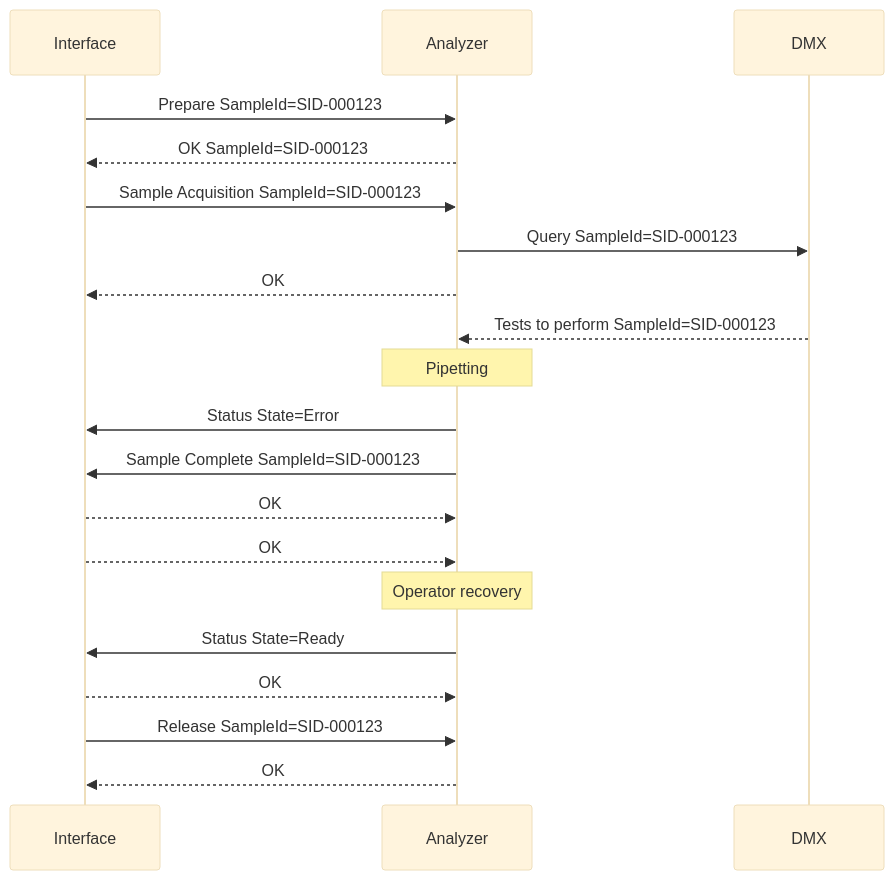
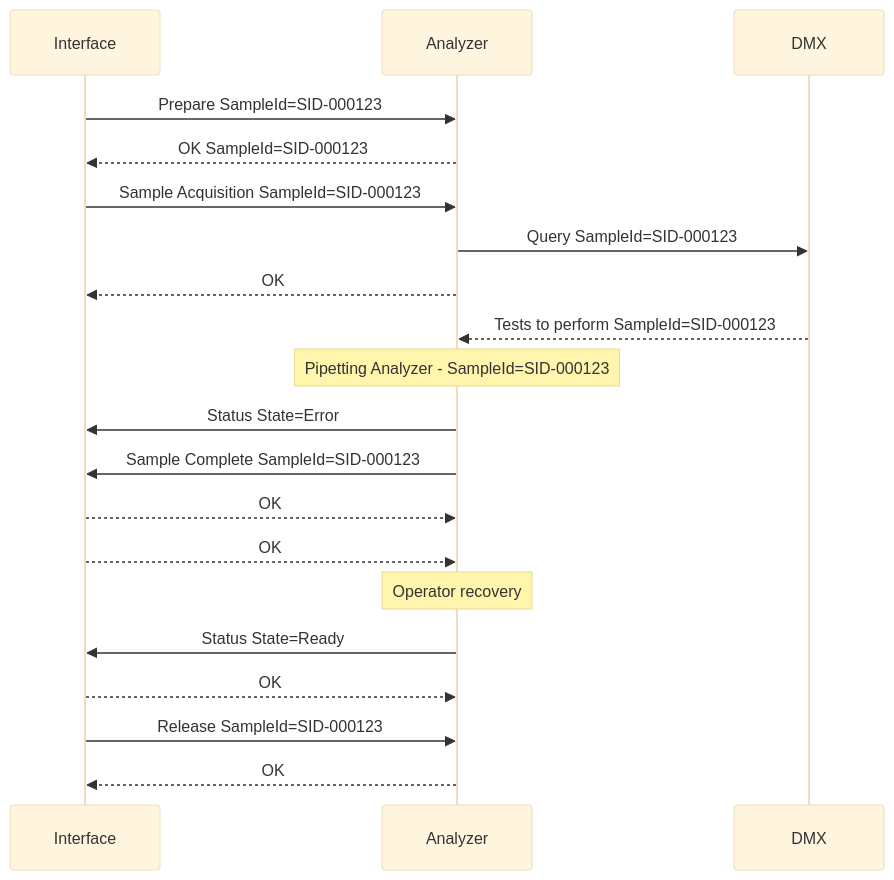
One commit to specialk74/trackviz changed the diagram in scenes/05_analyzer_error_recovery.mmd. Above: the diagram before and after it, drawn with Mermaid (base theme). The commit also changed 25 other files, not shown here.

```diff
--- a/scenes/05_analyzer_error_recovery.mmd
+++ b/scenes/05_analyzer_error_recovery.mmd
@@ -1,88 +1,88 @@
 %% # Scene 05 — analyzer error during sampling, needle left down (sampling point)
 %% # One carrier, geometry of scene 01. While the sample is aspirated the analyzer
 %% # goes into error leaving the needle in the tube: it sends Status (Error), the
 %% # interface replies OK and keeps the carrier still. An operator performs a
 %% # recovery (the needle goes back up); when the instrument is green again it
 %% # sends Status (Ready), the interface replies OK and releases the carrier.
 %% # Carrier flow: right to left, Pit-Lane above the Main-Lane.
 %% # Coordinates are in a fixed 1920x1080 space (track panel: x 30..950, y 120..885).
 %% geometry sampling
 %% subtitle Single carrier — analyzer error with the needle down, operator recovery
 sequenceDiagram
     participant IF as Interface
     participant AN as Analyzer
     participant DMX as DMX
 
     %% carrier C1 SID-000123 route=main_in,nsd,pit_in,sampling,pit_out,merge,main_out
 
     %% caption 1 · Main-Lane | A carrier holding a sample tube travels along the Main-Lane towards the analyzer interface.
     %% at 2.2
     %% move C1 to sampling
     %% on antenna1 C1
     %% caption 2 · Diverted — Prepare — Sample Acquisition | The carrier is diverted into the Pit-Lane without stopping and the interface sends Prepare. The gate stops it on the sampling point: the interface sends Sample Acquisition.
     %% on antenna1 C1
     %% highlight nsd duration=2
     %% on antenna1
     IF->>AN: Prepare SampleId=SID-000123
     %% after 0.1
     AN-->>IF: OK SampleId=SID-000123
     %% on antenna2
     IF->>AN: Sample Acquisition SampleId=SID-000123
     %% after 0.1 OK C1
     AN->>DMX: Query SampleId=SID-000123
     %% after 0.1 Sample Acquisition C1
     %% for C1
     AN-->>IF: OK
     %% after 0.1 Query C1
     DMX-->>AN: Tests to perform SampleId=SID-000123
     %% after 0.1 OK C1
     %% caption 3 · Test query — Aspiration | After the reply to Prepare the analyzer has asked DMX (LIS) which tests to perform. Now its needle goes down into the tube and it starts aspirating.
     %% after 0.1 OK C1
     %% needle sp down
     %% after 0.1 OK C1
     %% duration 2.6
-    Note over AN: Pipetting
+    Note over AN: Pipetting Analyzer - SampleId=SID-000123
     %% after 1.7 needle sp
     %% caption 4 · Instrument error | During aspiration the analyzer goes into error, leaving the needle down in the tube. It immediately sends its status (Error) and Sample Complete. The interface replies OK to the status.
     %% after 1.7 needle sp
     %% status analyzer error
     %% after 1.7 needle sp
     %% for C1
     AN->>IF: Status State=Error
     AN->>IF: Sample Complete SampleId=SID-000123
     %% after 0.3 Status C1
     %% for C1
     IF-->>AN: OK
     %% after 0.1 Sample Complete C1
     %% for C1
     IF-->>AN: OK
     %% after 2.1 Status C1
     %% caption 5 · Operator recovery | Sample Complete is not enough: with the analyzer in error the interface does not move the carrier: the needle is still in the tube. An operator walks to the instrument and performs a recovery: the needle is brought back up.
     %% after 2.1 Status C1
     %% duration 6
     Note over AN: Operator recovery
     %% after 2.1 Status C1
     %% operator analyzer duration=7
     %% after 4.6 Status C1
     %% needle sp up duration=1.2
     %% after 2.6
     %% caption 6 · Instrument ready | The instrument is green again: it sends its status (Ready) to the interface, which replies OK. Only now the carrier is released.
     %% after 2.6 needle sp
     %% status analyzer ready
     %% after 2.6 needle sp
     %% for C1
     AN->>IF: Status State=Ready
     %% after 0.2
     %% for C1
     IF-->>AN: OK
     %% after 1.5 Status C1
     %% status analyzer normal
     %% after 0.2 OK C1
     %% caption 7 · Carrier released — Release | The interface releases the carrier. As soon as it has left the interface module, the interface sends Release.
     %% after 1.9 Status C1
     %% move C1 to main_out
     %% on antenna3
     IF->>AN: Release SampleId=SID-000123
     %% after 0.1
     %% for C1
     AN-->>IF: OK
```
